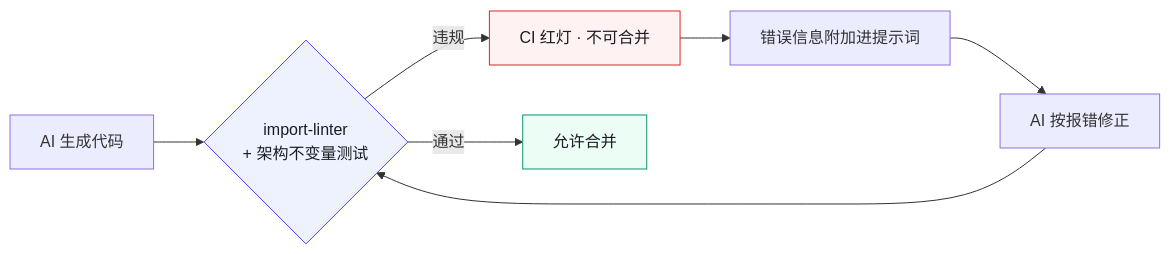
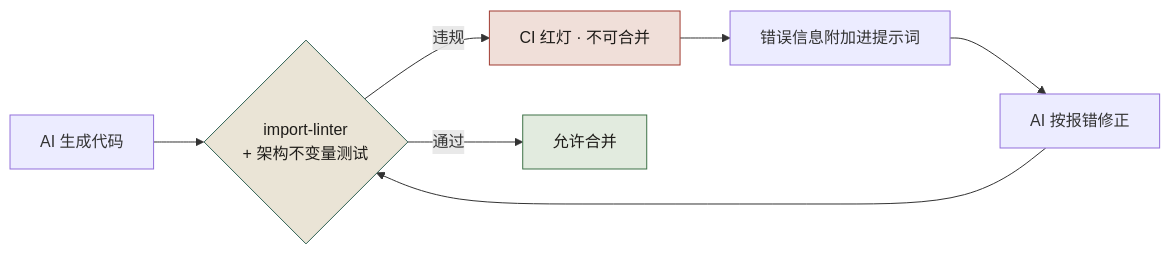
Before and after one commit to funny8kids/AI_Native_Software_Engineering: the second of 2 diagrams in docs/manuscript/ch15-第10章-边界变测试.md, drawn with Mermaid. The commit also changed other lines of this file and 81 other files, not shown here.

````diff
--- a/docs/manuscript/ch15-第10章-边界变测试.md
+++ b/docs/manuscript/ch15-第10章-边界变测试.md
@@ -63,12 +65,12 @@
 ```mermaid
 flowchart LR
   GEN[AI 生成代码] --> GATE{import-linter<br/>+ 架构不变量测试}
   GATE -->|违规| RED[CI 红灯 · 不可合并]
   RED --> FEED[错误信息附加进提示词]
   FEED --> FIX[AI 按报错修正]
   FIX --> GATE
   GATE -->|通过| OK[允许合并]
-  style RED fill:#fef2f2,stroke:#dc2626,color:#1a1d23
-  style OK fill:#ecfdf5,stroke:#059669,color:#1a1d23
-  style GATE fill:#eef2ff,stroke:#4f46e5,color:#1a1d23
+  style RED fill:#f0dfd9,stroke:#a03b31,color:#1e1c19
+  style OK fill:#e2ebdf,stroke:#3e7247,color:#1e1c19
+  style GATE fill:#eae4d6,stroke:#2f6154,color:#1e1c19
 ```
````
